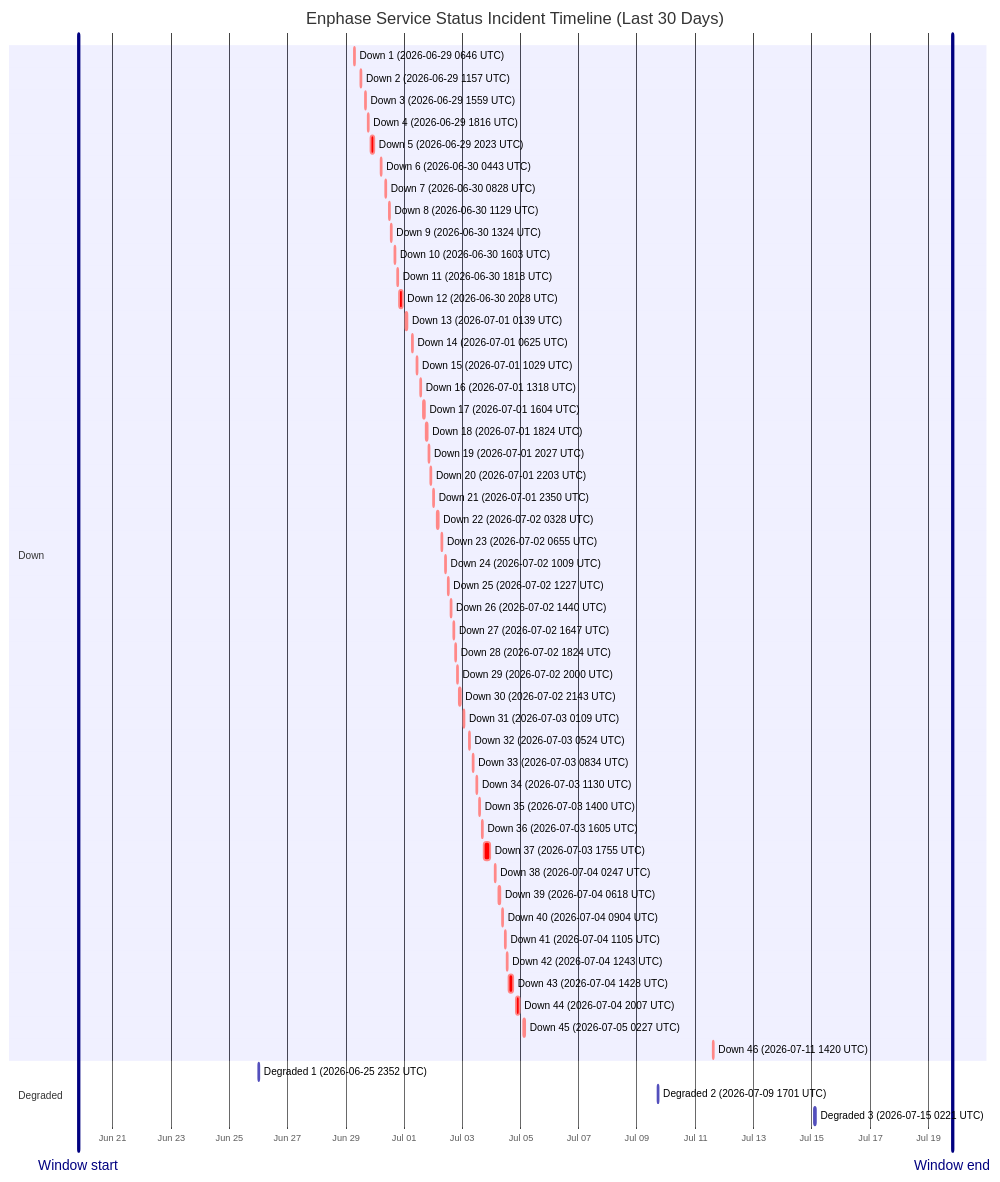
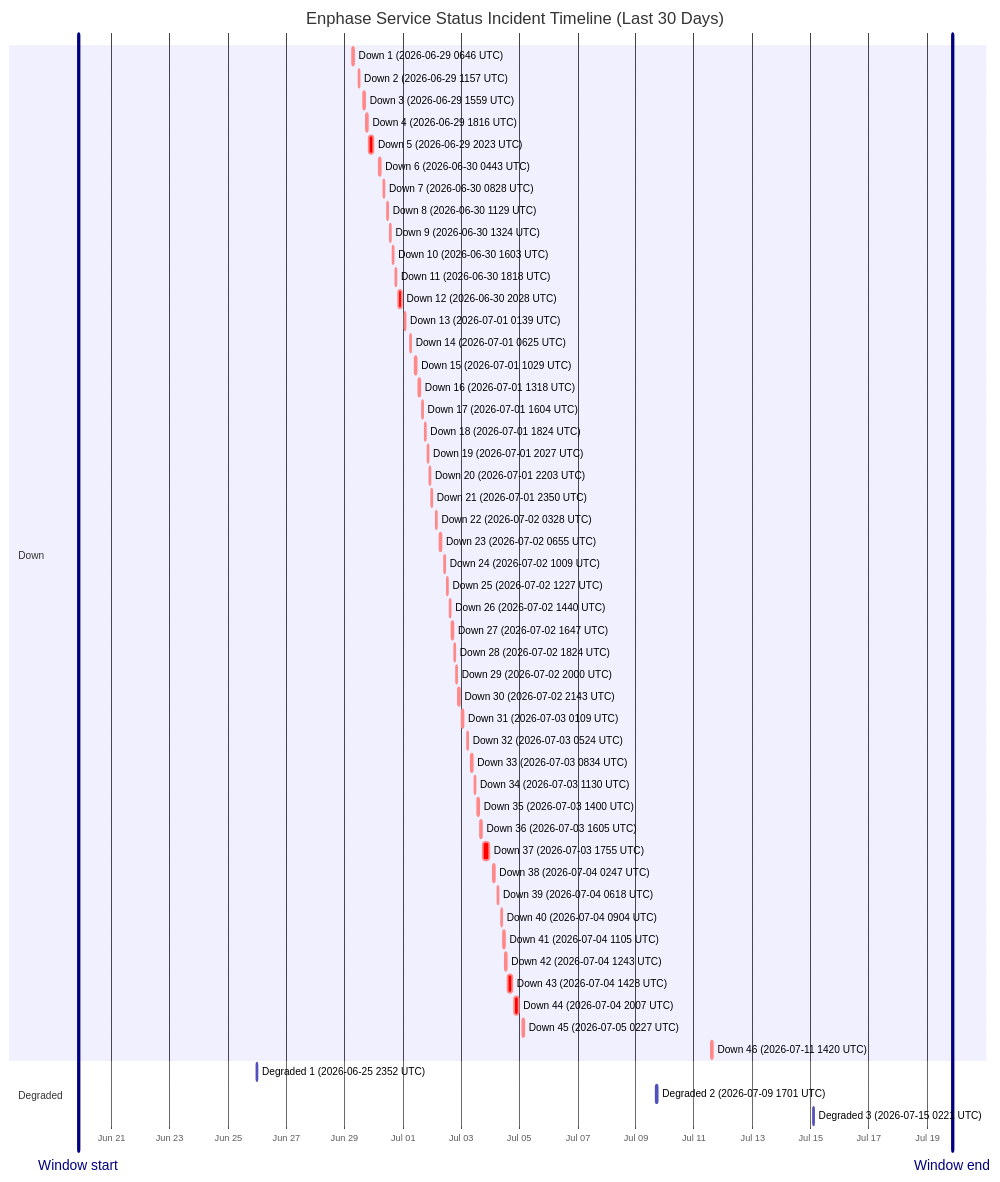
The diagram in wiki/Service-Status-History.md (barneyonline/ha-enphase-energy), drawn with Mermaid before and after one commit. The commit also changed other lines of this file and 3 other files, not shown here.

````diff
--- a/wiki/Service-Status-History.md
+++ b/wiki/Service-Status-History.md
@@ -14,59 +14,59 @@
 ```mermaid
 gantt
     title Enphase Service Status Incident Timeline (Last 30 Days)
     dateFormat  YYYY-MM-DDTHH:mm:ss
     axisFormat  %b %d
-    Window start :vert, window-start, 2026-06-19T19:39:54, 0ms
-    Window end :vert, window-end, 2026-07-19T19:39:54, 0ms
+    Window start :vert, window-start, 2026-06-19T20:44:10, 0ms
+    Window end :vert, window-end, 2026-07-19T20:44:10, 0ms
     section Down
     Down 1 (2026-06-29 0646 UTC) :crit, down-1, 2026-06-29T06:46:18, 60m
     Down 2 (2026-06-29 1157 UTC) :crit, down-2, 2026-06-29T11:57:36, 60m
     Down 3 (2026-06-29 1559 UTC) :crit, down-3, 2026-06-29T15:59:02, 60m
     Down 4 (2026-06-29 1816 UTC) :crit, down-4, 2026-06-29T18:16:38, 60m
     Down 5 (2026-06-29 2023 UTC) :crit, down-5, 2026-06-29T20:23:16, 220m
     Down 6 (2026-06-30 0443 UTC) :crit, down-6, 2026-06-30T04:43:54, 60m
     Down 7 (2026-06-30 0828 UTC) :crit, down-7, 2026-06-30T08:28:43, 60m
     Down 8 (2026-06-30 1129 UTC) :crit, down-8, 2026-06-30T11:29:15, 60m
     Down 9 (2026-06-30 1324 UTC) :crit, down-9, 2026-06-30T13:24:25, 60m
     Down 10 (2026-06-30 1603 UTC) :crit, down-10, 2026-06-30T16:03:26, 60m
     Down 11 (2026-06-30 1818 UTC) :crit, down-11, 2026-06-30T18:18:39, 60m
     Down 12 (2026-06-30 2028 UTC) :crit, down-12, 2026-06-30T20:28:54, 171m
     Down 13 (2026-07-01 0139 UTC) :crit, down-13, 2026-07-01T01:39:18, 60m
     Down 14 (2026-07-01 0625 UTC) :crit, down-14, 2026-07-01T06:25:35, 60m
     Down 15 (2026-07-01 1029 UTC) :crit, down-15, 2026-07-01T10:29:24, 60m
     Down 16 (2026-07-01 1318 UTC) :crit, down-16, 2026-07-01T13:18:31, 60m
     Down 17 (2026-07-01 1604 UTC) :crit, down-17, 2026-07-01T16:04:29, 60m
     Down 18 (2026-07-01 1824 UTC) :crit, down-18, 2026-07-01T18:24:21, 60m
     Down 19 (2026-07-01 2027 UTC) :crit, down-19, 2026-07-01T20:27:17, 60m
     Down 20 (2026-07-01 2203 UTC) :crit, down-20, 2026-07-01T22:03:46, 60m
     Down 21 (2026-07-01 2350 UTC) :crit, down-21, 2026-07-01T23:50:52, 60m
     Down 22 (2026-07-02 0328 UTC) :crit, down-22, 2026-07-02T03:28:33, 60m
     Down 23 (2026-07-02 0655 UTC) :crit, down-23, 2026-07-02T06:55:07, 60m
     Down 24 (2026-07-02 1009 UTC) :crit, down-24, 2026-07-02T10:09:15, 60m
     Down 25 (2026-07-02 1227 UTC) :crit, down-25, 2026-07-02T12:27:49, 60m
     Down 26 (2026-07-02 1440 UTC) :crit, down-26, 2026-07-02T14:40:53, 60m
     Down 27 (2026-07-02 1647 UTC) :crit, down-27, 2026-07-02T16:47:47, 60m
     Down 28 (2026-07-02 1824 UTC) :crit, down-28, 2026-07-02T18:24:26, 60m
     Down 29 (2026-07-02 2000 UTC) :crit, down-29, 2026-07-02T20:00:57, 60m
     Down 30 (2026-07-02 2143 UTC) :crit, down-30, 2026-07-02T21:43:52, 80m
     Down 31 (2026-07-03 0109 UTC) :crit, down-31, 2026-07-03T01:09:19, 60m
     Down 32 (2026-07-03 0524 UTC) :crit, down-32, 2026-07-03T05:24:23, 60m
     Down 33 (2026-07-03 0834 UTC) :crit, down-33, 2026-07-03T08:34:05, 60m
     Down 34 (2026-07-03 1130 UTC) :crit, down-34, 2026-07-03T11:30:41, 60m
     Down 35 (2026-07-03 1400 UTC) :crit, down-35, 2026-07-03T14:00:48, 60m
     Down 36 (2026-07-03 1605 UTC) :crit, down-36, 2026-07-03T16:05:49, 60m
     Down 37 (2026-07-03 1755 UTC) :crit, down-37, 2026-07-03T17:55:54, 338m
     Down 38 (2026-07-04 0247 UTC) :crit, down-38, 2026-07-04T02:47:22, 60m
     Down 39 (2026-07-04 0618 UTC) :crit, down-39, 2026-07-04T06:18:09, 60m
     Down 40 (2026-07-04 0904 UTC) :crit, down-40, 2026-07-04T09:04:41, 60m
     Down 41 (2026-07-04 1105 UTC) :crit, down-41, 2026-07-04T11:05:21, 60m
     Down 42 (2026-07-04 1243 UTC) :crit, down-42, 2026-07-04T12:43:25, 60m
     Down 43 (2026-07-04 1428 UTC) :crit, down-43, 2026-07-04T14:28:07, 243m
     Down 44 (2026-07-04 2007 UTC) :crit, down-44, 2026-07-04T20:07:50, 206m
     Down 45 (2026-07-05 0227 UTC) :crit, down-45, 2026-07-05T02:27:32, 109m
     Down 46 (2026-07-11 1420 UTC) :crit, down-46, 2026-07-11T14:20:54, 69m
     section Degraded
     Degraded 1 (2026-06-25 2352 UTC) :active, degraded-1, 2026-06-25T23:52:01, 60m
     Degraded 2 (2026-07-09 1701 UTC) :active, degraded-2, 2026-07-09T17:01:02, 60m
     Degraded 3 (2026-07-15 0221 UTC) :active, degraded-3, 2026-07-15T02:21:35, 60m
 ```
````
